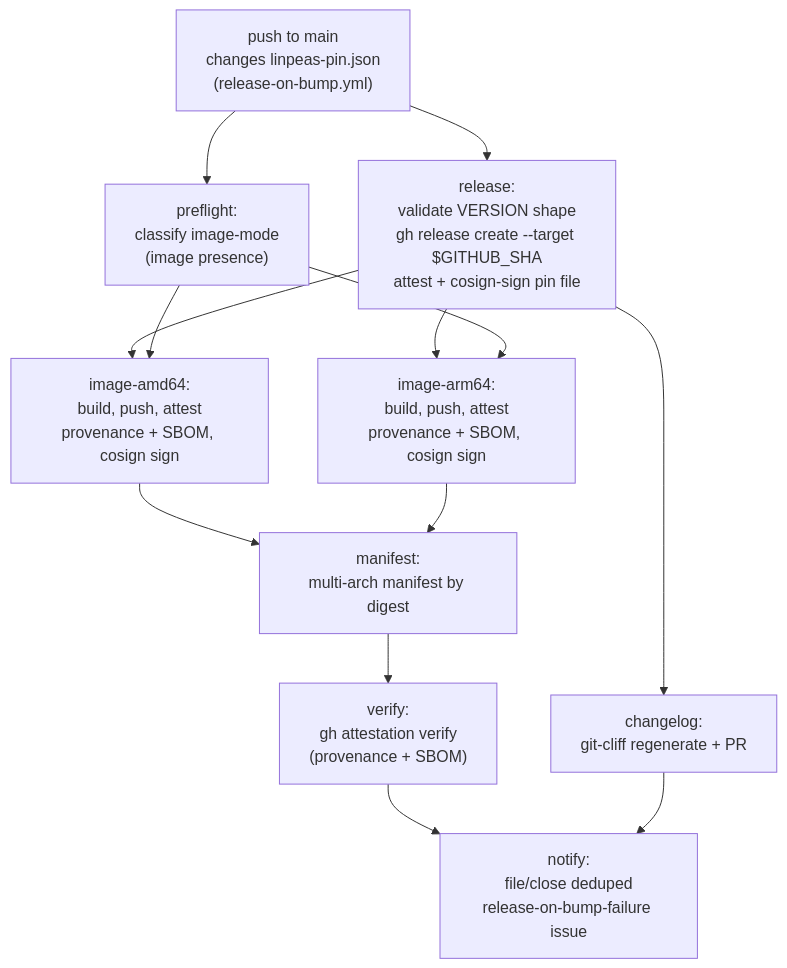
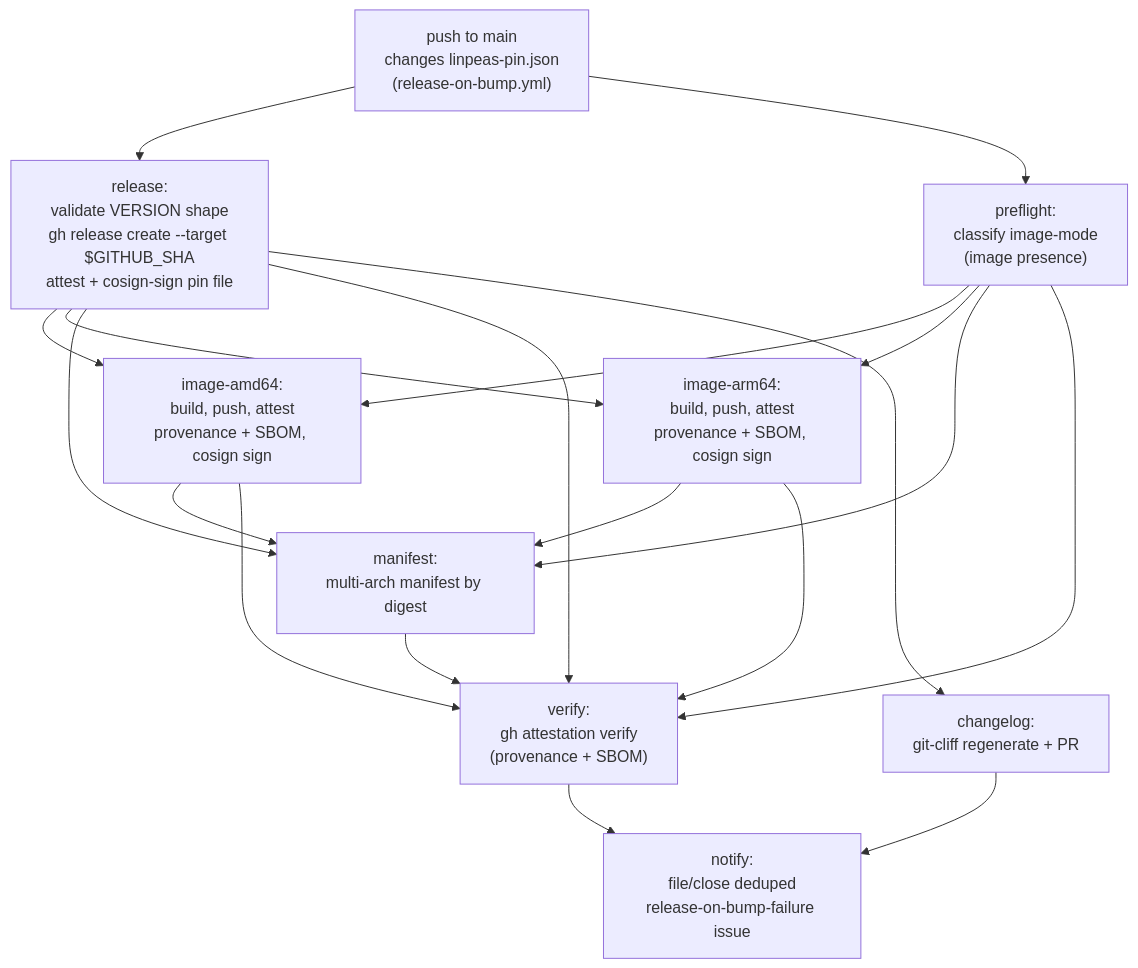
One commit to rvenutolo/linPEAS-flake changed the second of 3 diagrams in docs/architecture/auto-update.md. Above: the diagram before and after it, drawn with Mermaid. The commit also changed 10 other files, not shown here.

````diff
--- a/docs/architecture/auto-update.md
+++ b/docs/architecture/auto-update.md
@@ -28,25 +28,31 @@
 ```mermaid
 flowchart TD
   trigger["push to main<br/>changes linpeas-pin.json<br/>(release-on-bump.yml)"]
   preflight["preflight:<br/>classify image-mode<br/>(image presence)"]
   release["release:<br/>validate VERSION shape<br/>gh release create --target $GITHUB_SHA<br/>attest + cosign-sign pin file"]
   image_amd64["image-amd64:<br/>build, push, attest<br/>provenance + SBOM, cosign sign"]
   image_arm64["image-arm64:<br/>build, push, attest<br/>provenance + SBOM, cosign sign"]
   manifest["manifest:<br/>multi-arch manifest by digest"]
   verify["verify:<br/>gh attestation verify<br/>(provenance + SBOM)"]
   changelog["changelog:<br/>git-cliff regenerate + PR"]
   notify["notify:<br/>file/close deduped<br/>release-on-bump-failure issue"]
 
   trigger --> release
   trigger --> preflight
   release --> image_amd64
   release --> image_arm64
   preflight --> image_amd64
   preflight --> image_arm64
   image_amd64 --> manifest
   image_arm64 --> manifest
+  release --> manifest
+  preflight --> manifest
   manifest --> verify
+  release --> verify
+  preflight --> verify
+  image_amd64 --> verify
+  image_arm64 --> verify
   release --> changelog
   verify --> notify
   changelog --> notify
 ```
````
